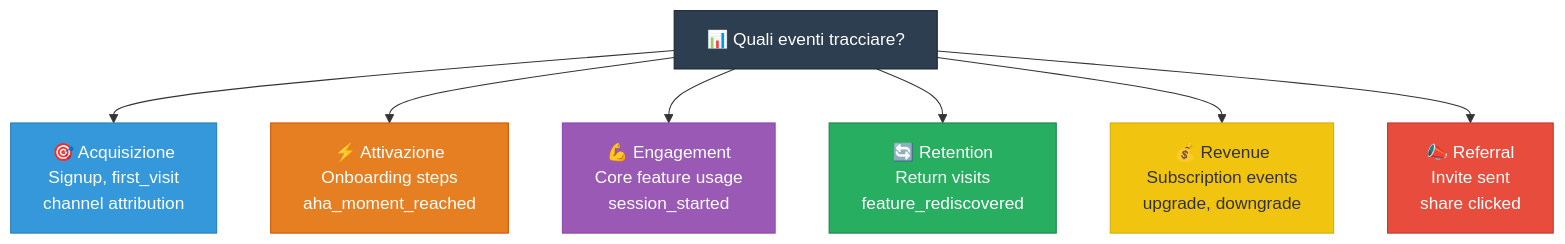
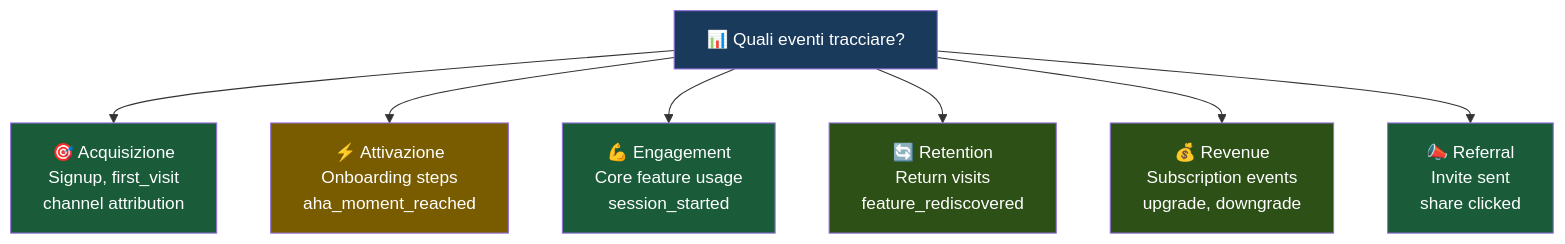
Before and after one commit to AndreyBertasini/gynnitech: the second of 4 diagrams in src/content/corso/analisi-prodotto/strumenti-product-analytics.mdx, drawn with Mermaid. The commit also changed other lines of this file and 21 other files, not shown here.

First line of the commit message:
style: applica color scheme semantico a tutti i diagrammi Mermaid del corso

````diff
--- a/src/content/corso/analisi-prodotto/strumenti-product-analytics.mdx
+++ b/src/content/corso/analisi-prodotto/strumenti-product-analytics.mdx
@@ -142,16 +148,16 @@
 ```mermaid
 graph TD
     EVENTS["📊 Quali eventi tracciare?"] --> ACQ["🎯 Acquisizione\nSignup, first_visit\nchannel attribution"]
     EVENTS --> ACT["⚡ Attivazione\nOnboarding steps\naha_moment_reached"]
     EVENTS --> ENG["💪 Engagement\nCore feature usage\nsession_started"]
     EVENTS --> RET["🔄 Retention\nReturn visits\nfeature_rediscovered"]
     EVENTS --> REV["💰 Revenue\nSubscription events\nupgrade, downgrade"]
     EVENTS --> REF["📣 Referral\nInvite sent\nshare clicked"]
-    style EVENTS fill:#2c3e50,stroke:#1a252f,color:#fff
-    style ACQ fill:#3498db,stroke:#2980b9,color:#fff
-    style ACT fill:#e67e22,stroke:#d35400,color:#fff
-    style ENG fill:#9b59b6,stroke:#8e44ad,color:#fff
-    style RET fill:#27ae60,stroke:#1e8449,color:#fff
-    style REV fill:#f1c40f,stroke:#d4ac0f,color:#333
-    style REF fill:#e74c3c,stroke:#c0392b,color:#fff
+    style EVENTS fill:#1a3a5c,color:#ffffff
+    style ACQ fill:#1a5c3a,color:#ffffff
+    style ACT fill:#7a5c00,color:#ffffff
+    style ENG fill:#1a5c3a,color:#ffffff
+    style RET fill:#2d5016,color:#ffffff
+    style REV fill:#2d5016,color:#ffffff
+    style REF fill:#1a5c3a,color:#ffffff
 ```
````
